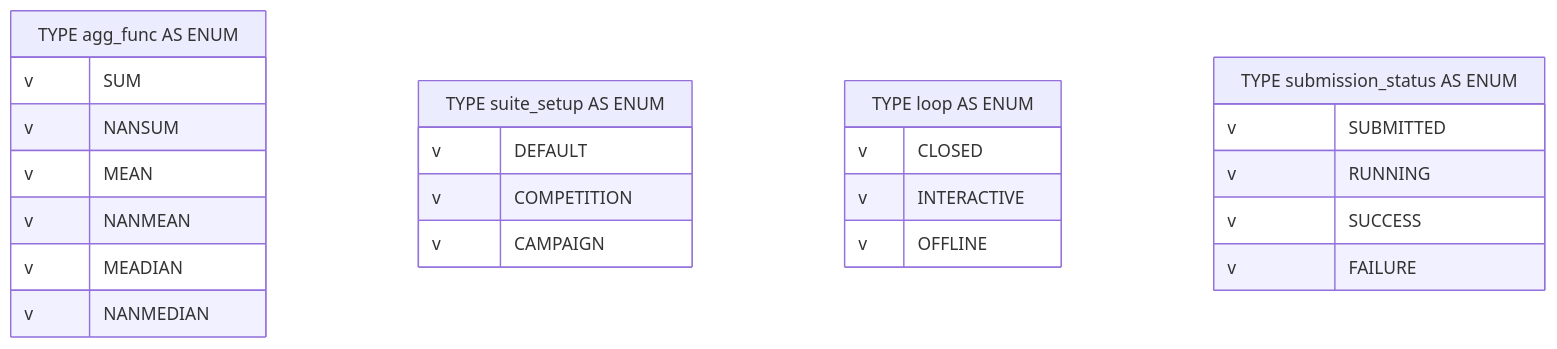
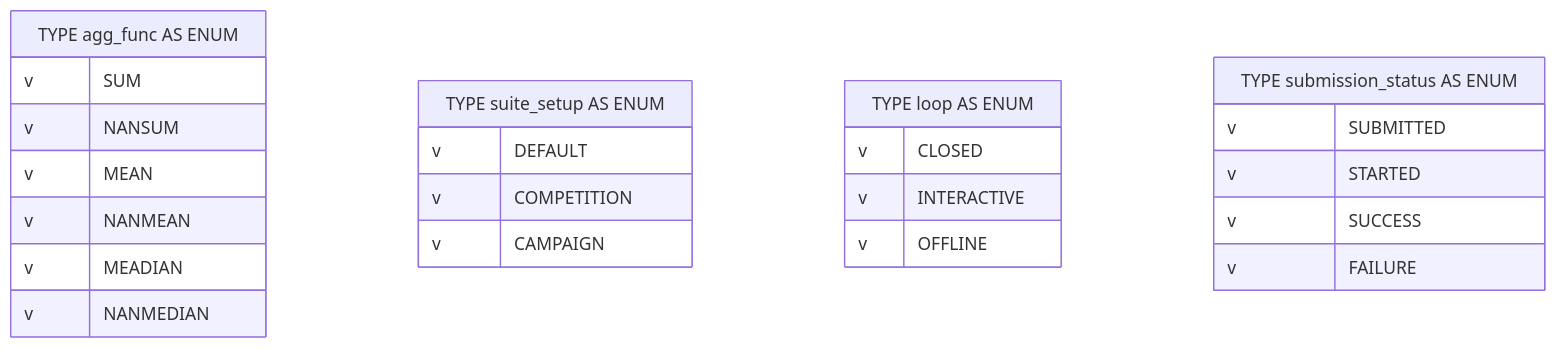
One commit to flatland-association/flatland-benchmarks changed the third of 6 diagrams in docs/ARCHITECTURE.md. Above: the diagram before and after it, drawn with Mermaid. The commit also changed other lines of this file, not shown here.

````diff
--- a/docs/ARCHITECTURE.md
+++ b/docs/ARCHITECTURE.md
@@ -524,29 +532,29 @@
 ```mermaid
 erDiagram
   "TYPE agg_func AS ENUM" {
     v SUM
     v NANSUM
     v MEAN
     v NANMEAN
     v MEADIAN
     v NANMEDIAN
   }
   "TYPE suite_setup AS ENUM" {
     v DEFAULT
     v COMPETITION
     v CAMPAIGN
   }
 
   "TYPE loop AS ENUM" {
     v CLOSED
     v INTERACTIVE
     v OFFLINE
   }
 
   "TYPE submission_status AS ENUM" {
     v SUBMITTED
-    v RUNNING
+    v STARTED
     v SUCCESS
     v FAILURE
   }
 ```
````
